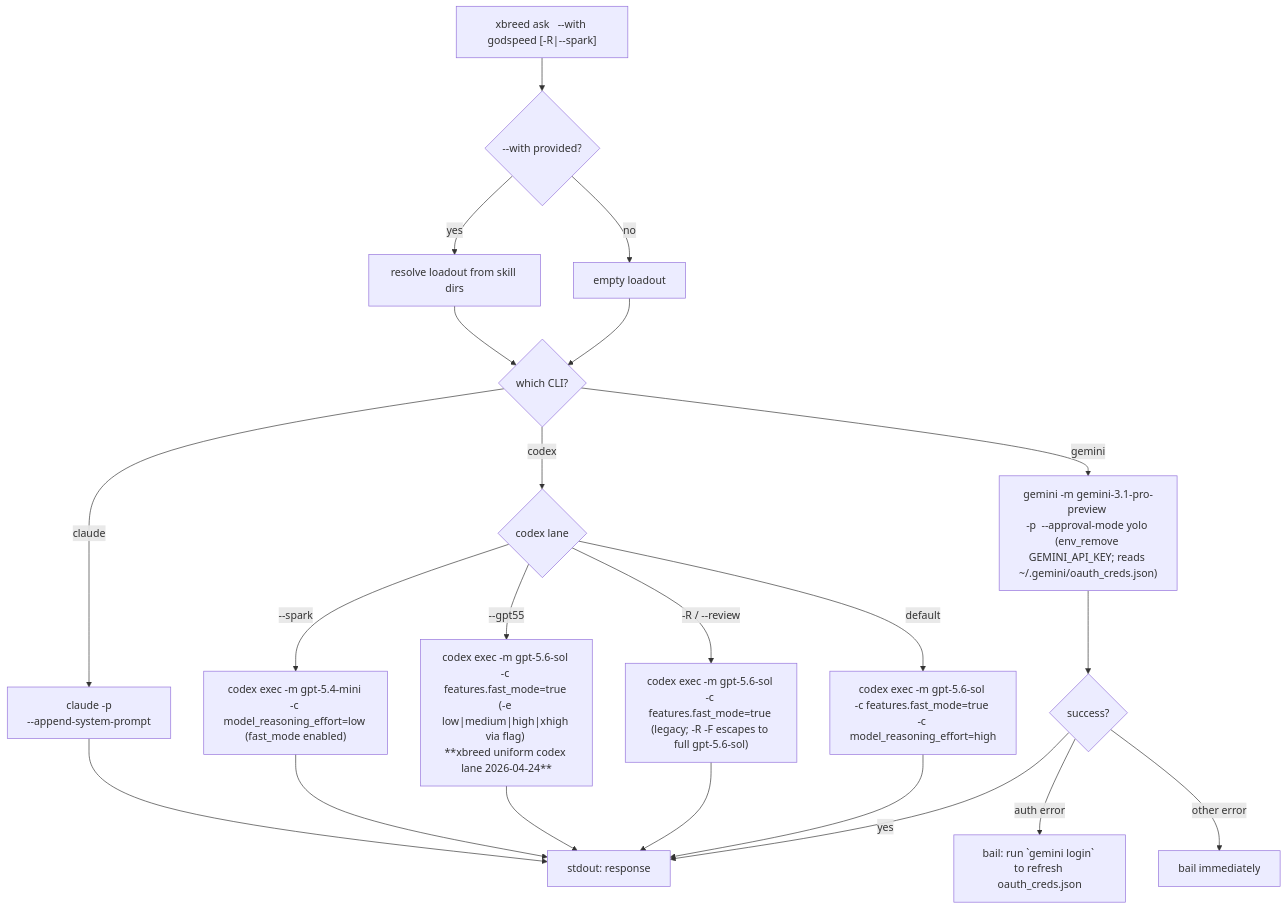
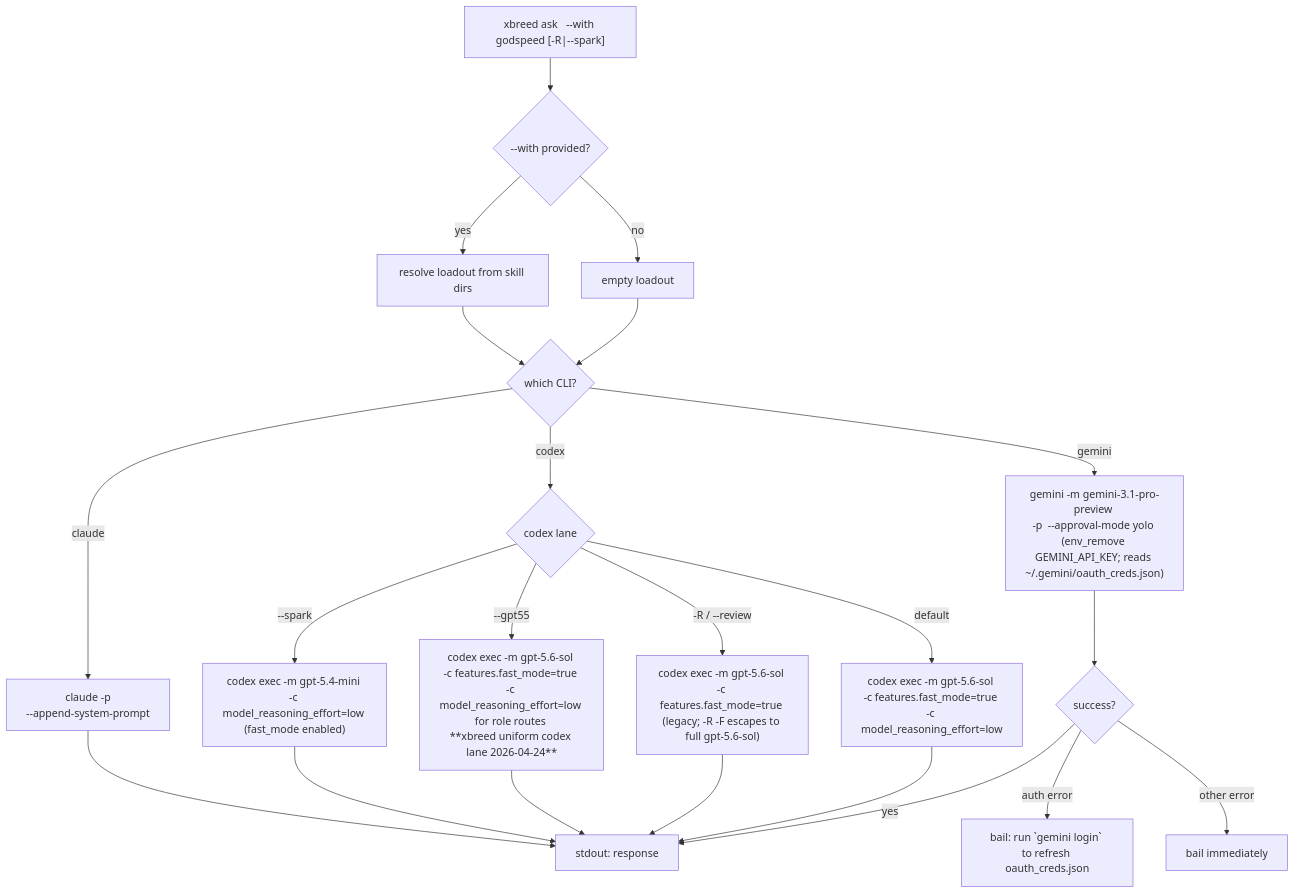
Before and after one commit to VeigaPunk/ds4cc-marketplace: the fourth of 11 diagrams in marketplace/plugins/xbrd-gdsp-fknpft/docs/command-flows.md, drawn with Mermaid. The commit also changed other lines of this file and 49 other files, not shown here.

````diff
--- a/marketplace/plugins/xbrd-gdsp-fknpft/docs/command-flows.md
+++ b/marketplace/plugins/xbrd-gdsp-fknpft/docs/command-flows.md
@@ -84,29 +84,29 @@
 ```mermaid
 flowchart TD
     A["xbreed ask <cli> <prompt> --with godspeed [-R|--spark]"]
     A --> B{--with provided?}
     B -->|yes| C[resolve loadout from skill dirs]
     B -->|no| D[empty loadout]
     C --> E{which CLI?}
     D --> E
 
     E -->|claude| F["claude -p <prompt> \n--append-system-prompt <loadout>"]
     E -->|codex| Cdx{codex lane}
     E -->|gemini| H["gemini -m gemini-3.1-pro-preview \n-p <prompt> --approval-mode yolo \n(env_remove GEMINI_API_KEY; reads ~/.gemini/oauth_creds.json)"]
 
     Cdx -->|--spark| Csp["codex exec -m gpt-5.4-mini \n-c model_reasoning_effort=low \n(fast_mode enabled)"]
-    Cdx -->|--gpt55| Cg5["codex exec -m gpt-5.6-sol \n-c features.fast_mode=true \n(-e low|medium|high|xhigh via flag) \n**xbreed uniform codex lane 2026-04-24**"]
+    Cdx -->|--gpt55| Cg5["codex exec -m gpt-5.6-sol \n-c features.fast_mode=true \n-c model_reasoning_effort=low for role routes \n**xbreed uniform codex lane 2026-04-24**"]
     Cdx -->|"-R / --review"| Crv["codex exec -m gpt-5.6-sol \n-c features.fast_mode=true \n(legacy; -R -F escapes to full gpt-5.6-sol)"]
-    Cdx -->|default| Cdf["codex exec -m gpt-5.6-sol \n-c features.fast_mode=true \n-c model_reasoning_effort=high"]
+    Cdx -->|default| Cdf["codex exec -m gpt-5.6-sol \n-c features.fast_mode=true \n-c model_reasoning_effort=low"]
 
     H --> Ha{success?}
     Ha -->|yes| P[stdout: response]
     Ha -->|auth error| Hae["bail: run `gemini login` \nto refresh oauth_creds.json"]
     Ha -->|other error| R[bail immediately]
 
     F --> P
     Csp --> P
     Cg5 --> P
     Crv --> P
     Cdf --> P
 ```
````
